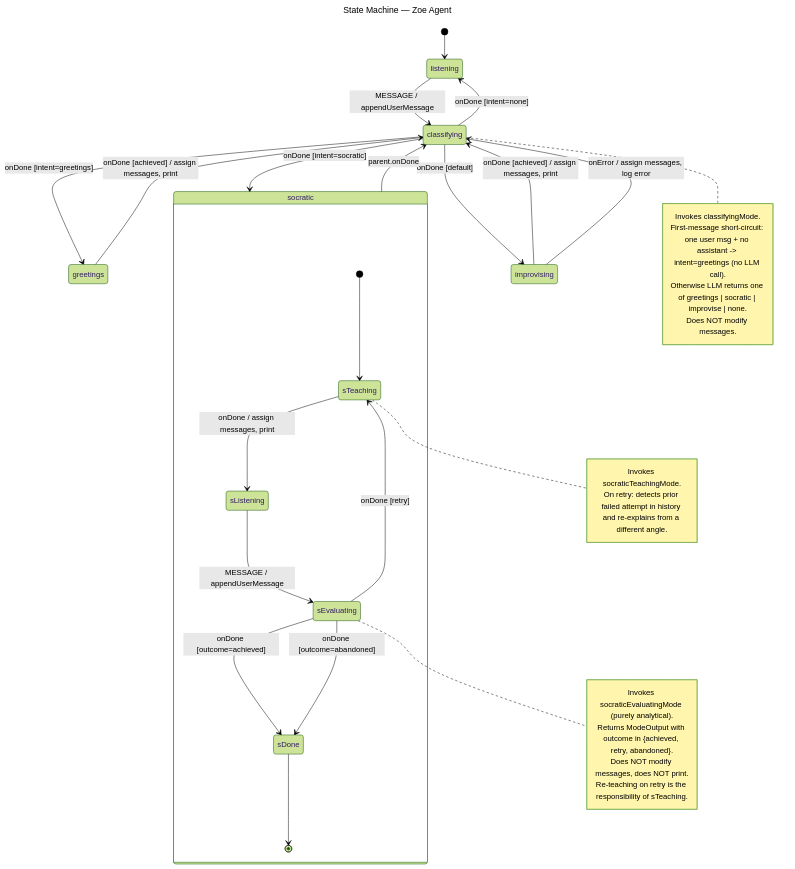
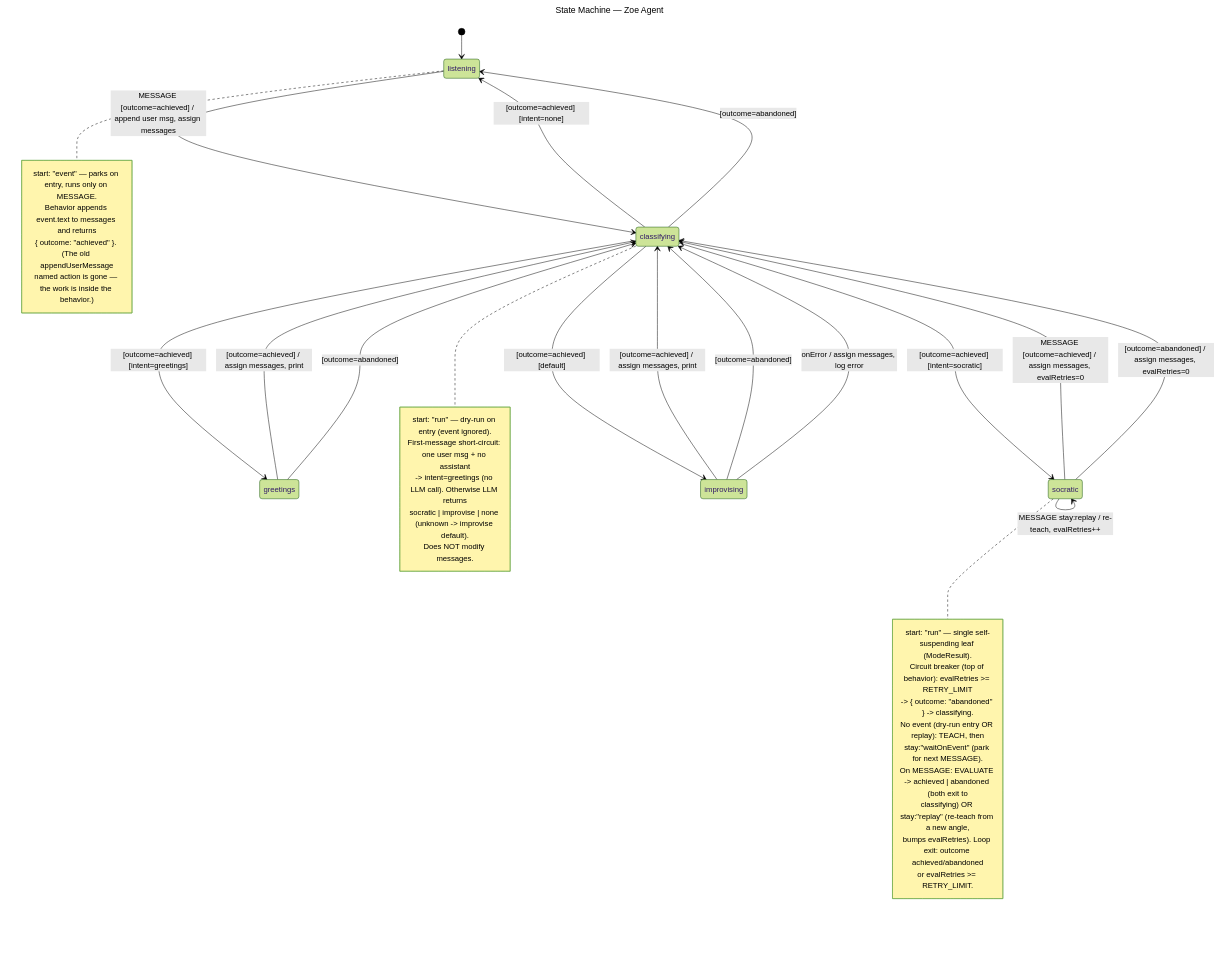
Before and after one commit to EduardoRenani/ai-agent-xstate: the diagram in docs/architecture/behavioral/state-machines/agent.mmd, drawn with Mermaid (forest theme). The commit also changed 35 other files, not shown here.

```diff
--- a/docs/architecture/behavioral/state-machines/agent.mmd
+++ b/docs/architecture/behavioral/state-machines/agent.mmd
@@ -1,54 +1,59 @@
 ---
 title: State Machine — Zoe Agent
 ---
 %% Spec: behavioral-doc.md
 %% Modo: incremental
-%% Atualizado: 2026-05-28
+%% Atualizado: 2026-06-09
 %% Fonte: examples/zoe/src/machine.ts, examples/zoe/src/states/*.ts (built with packages/atlas/)
 %% Componente C4: machine (c2-container.mmd)
 %% Container C4: system (c2-container.mmd)
-%% Externos que disparam transicoes: OpenRouter API (via invoke nos modos *Mode)
+%% Externos que disparam transicoes: OpenRouter API (via chat() inside each mode behavior)
 stateDiagram-v2
     [*] --> listening
 
-    listening --> classifying: MESSAGE / appendUserMessage
+    listening --> classifying: MESSAGE [outcome=achieved] / append user msg, assign messages
 
-    classifying --> greetings: onDone [intent=greetings]
-    classifying --> socratic: onDone [intent=socratic]
-    classifying --> listening: onDone [intent=none]
-    classifying --> improvising: onDone [default]
+    classifying --> greetings: [outcome=achieved] [intent=greetings]
+    classifying --> socratic: [outcome=achieved] [intent=socratic]
+    classifying --> listening: [outcome=achieved] [intent=none]
+    classifying --> improvising: [outcome=achieved] [default]
+    classifying --> listening: [outcome=abandoned]
 
-    greetings --> classifying: onDone [achieved] / assign messages, print
+    greetings --> classifying: [outcome=achieved] / assign messages, print
+    greetings --> classifying: [outcome=abandoned]
 
-    state socratic {
-        [*] --> sTeaching
-        sTeaching --> sListening: onDone / assign messages, print
-        sListening --> sEvaluating: MESSAGE / appendUserMessage
-        sEvaluating --> sDone: onDone [outcome=achieved]
-        sEvaluating --> sDone: onDone [outcome=abandoned]
-        sEvaluating --> sTeaching: onDone [retry]
-        sDone --> [*]
-    }
-    socratic --> classifying: parent.onDone
+    socratic --> socratic: stay:waitOnEvent / teach, assign messages
+    socratic --> socratic: MESSAGE stay:replay / re-teach, evalRetries++
+    socratic --> classifying: MESSAGE [outcome=achieved] / assign messages, evalRetries=0
+    socratic --> classifying: [outcome=abandoned] / assign messages, evalRetries=0
 
-    improvising --> classifying: onDone [achieved] / assign messages, print
+    improvising --> classifying: [outcome=achieved] / assign messages, print
+    improvising --> classifying: [outcome=abandoned]
     improvising --> classifying: onError / assign messages, log error
 
+    note right of listening
+        start: "event" — parks on entry, runs only on MESSAGE.
+        Behavior appends event.text to messages and returns
+        { outcome: "achieved" }. (The old appendUserMessage
+        named action is gone — the work is inside the behavior.)
+    end note
+
     note right of classifying
-        Invokes classifyingMode.
-        First-message short-circuit: one user msg + no assistant -> intent=greetings (no LLM call).
-        Otherwise LLM returns one of greetings | socratic | improvise | none.
+        start: "run" — dry-run on entry (event ignored).
+        First-message short-circuit: one user msg + no assistant
+        -> intent=greetings (no LLM call). Otherwise LLM returns
+        socratic | improvise | none (unknown -> improvise default).
         Does NOT modify messages.
     end note
 
-    note right of sEvaluating
-        Invokes socraticEvaluatingMode (purely analytical).
-        Returns ModeOutput<undefined> with outcome in {achieved, retry, abandoned}.
-        Does NOT modify messages, does NOT print.
-        Re-teaching on retry is the responsibility of sTeaching.
+    note right of socratic
+        start: "run" — single self-suspending leaf (ModeResult).
+        Circuit breaker (top of behavior): evalRetries >= RETRY_LIMIT
+        -> { outcome: "abandoned" } -> classifying.
+        No event (dry-run entry OR replay): TEACH, then
+        stay:"waitOnEvent" (park for next MESSAGE).
+        On MESSAGE: EVALUATE -> achieved | abandoned (both exit to
+        classifying) OR stay:"replay" (re-teach from a new angle,
+        bumps evalRetries). Loop exit: outcome achieved/abandoned
+        or evalRetries >= RETRY_LIMIT.
     end note
-
-    note right of sTeaching
-        Invokes socraticTeachingMode.
-        On retry: detects prior failed attempt in history and re-explains from a different angle.
-    end note
```
